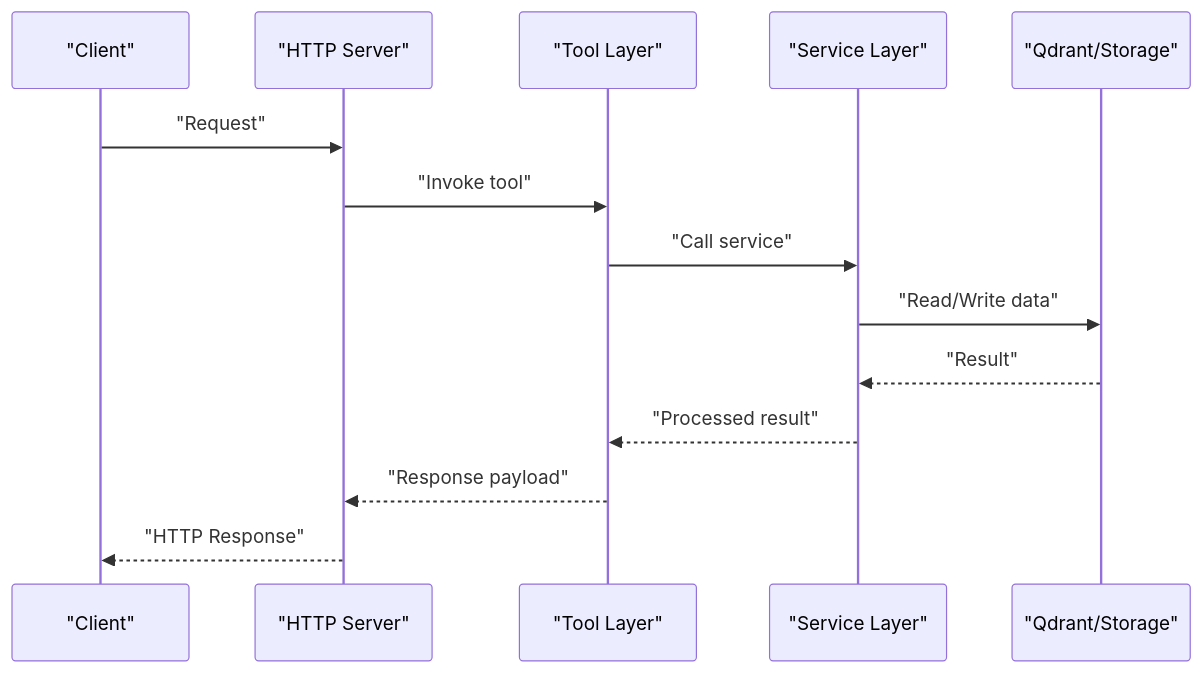
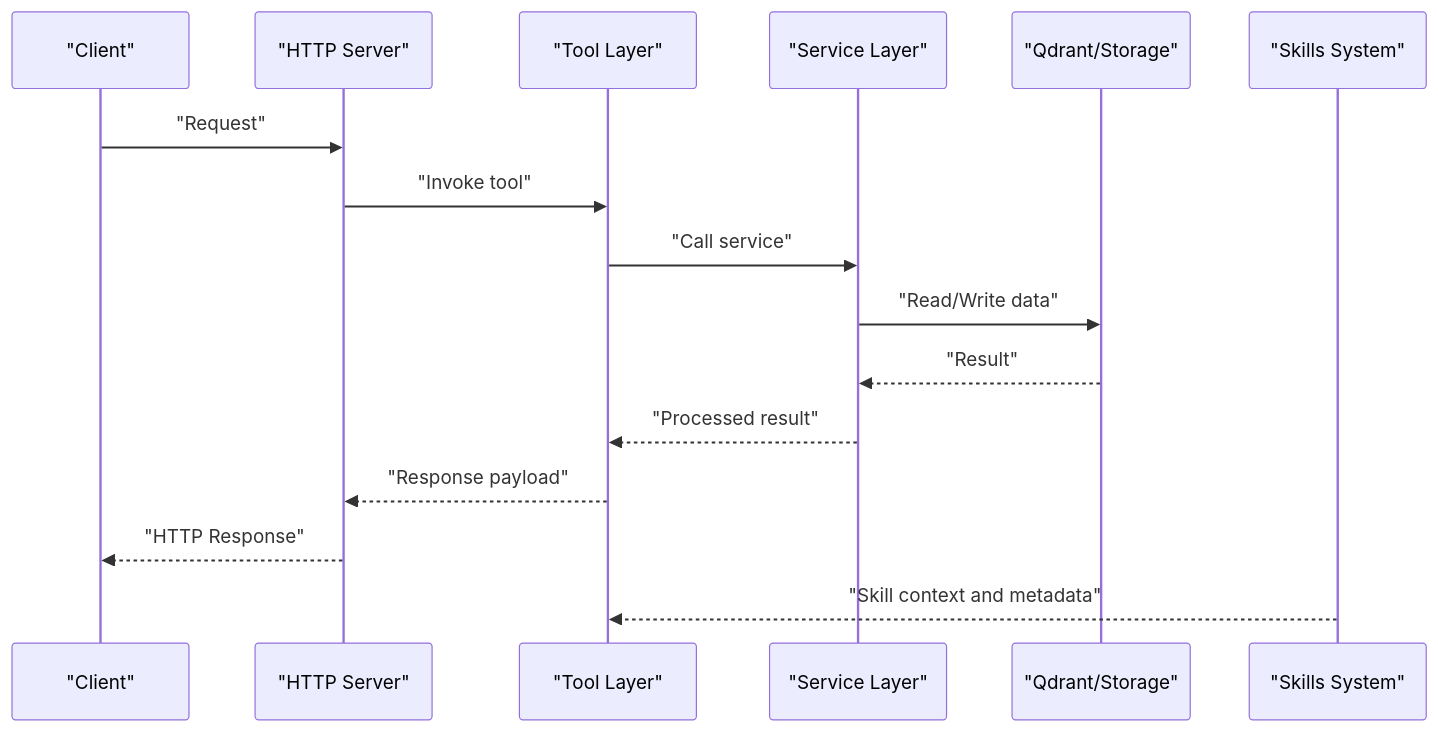
One commit to debian777/kairos-mcp changed the second of 3 diagrams in .qoder/repowiki/en/content/Contributing and Development.md. Above: the diagram before and after it, drawn with Mermaid. The commit also changed other lines of this file and 7 other files, not shown here.

````diff
--- a/.qoder/repowiki/en/content/Contributing and Development.md
+++ b/.qoder/repowiki/en/content/Contributing and Development.md
@@ -299,16 +382,18 @@
 ```mermaid
 sequenceDiagram
 participant Client as "Client"
 participant HTTP as "HTTP Server"
 participant Tool as "Tool Layer"
 participant Service as "Service Layer"
 participant Store as "Qdrant/Storage"
+participant Skills as "Skills System"
 Client->>HTTP : "Request"
 HTTP->>Tool : "Invoke tool"
 Tool->>Service : "Call service"
 Service->>Store : "Read/Write data"
 Store-->>Service : "Result"
 Service-->>Tool : "Processed result"
 Tool-->>HTTP : "Response payload"
 HTTP-->>Client : "HTTP Response"
+Skills-->>Tool : "Skill context and metadata"
 ```
````
